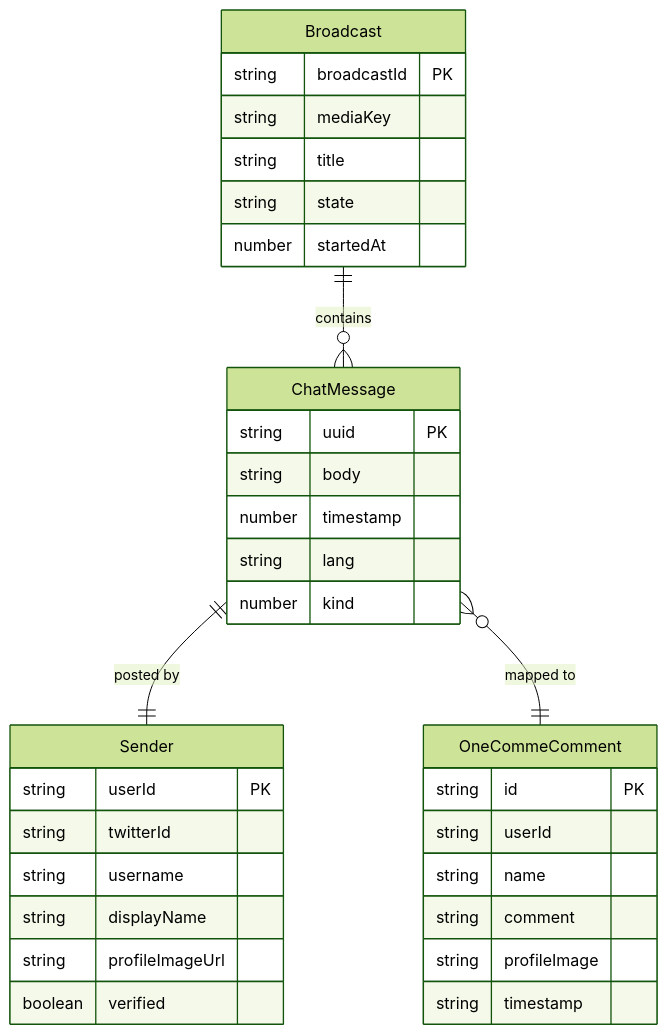
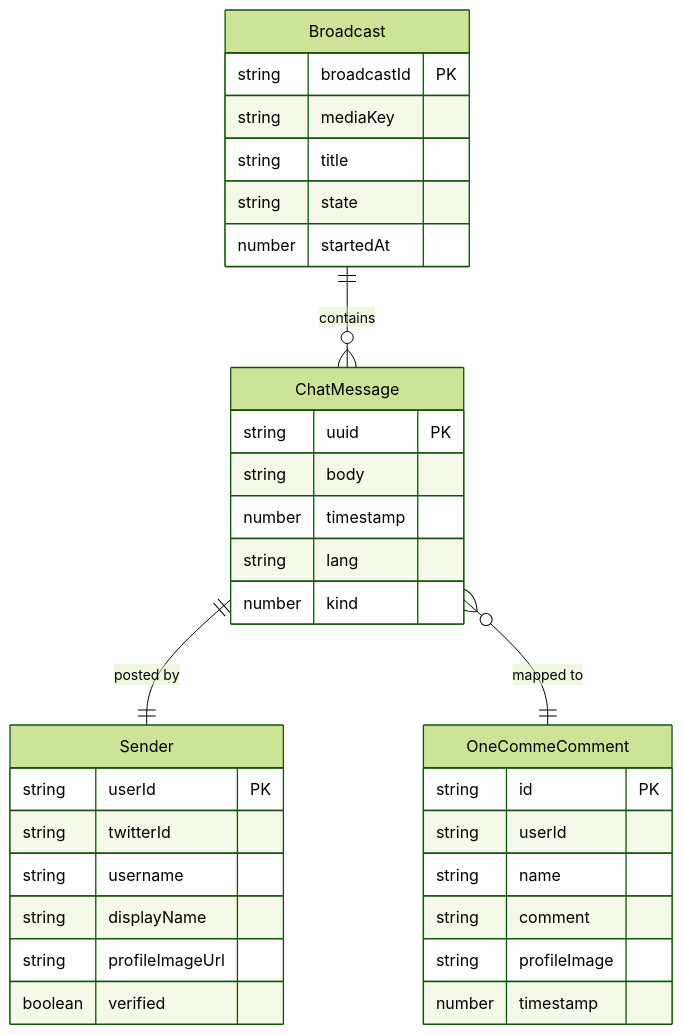
One commit to ayapi/x-live-streaming-statuses changed the fifth of 5 diagrams in .kiro/specs/x-live-to-wancome/design.md. Above: the diagram before and after it, drawn with Mermaid (forest theme). The commit also changed other lines of this file and 8 other files, not shown here.

````diff
--- a/.kiro/specs/x-live-to-wancome/design.md
+++ b/.kiro/specs/x-live-to-wancome/design.md
@@ -580,40 +582,40 @@
 ```mermaid
 erDiagram
     Broadcast ||--o{ ChatMessage : contains
     ChatMessage ||--|| Sender : "posted by"
     ChatMessage }o--|| OneCommeComment : "mapped to"
 
     Broadcast {
         string broadcastId PK
         string mediaKey
         string title
         string state
         number startedAt
     }
 
     Sender {
         string userId PK
         string twitterId
         string username
         string displayName
         string profileImageUrl
         boolean verified
     }
 
     ChatMessage {
         string uuid PK
         string body
         number timestamp
         string lang
         number kind
     }
 
     OneCommeComment {
         string id PK
         string userId
         string name
         string comment
         string profileImage
-        string timestamp
+        number timestamp
     }
 ```
````
